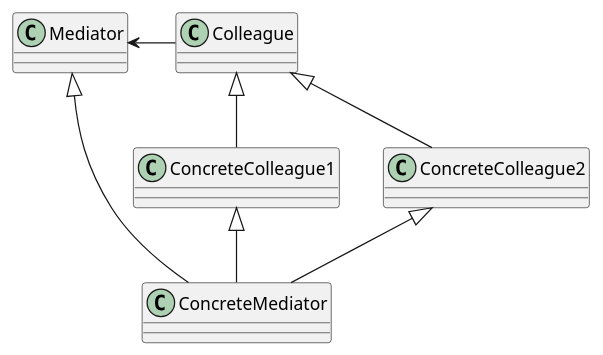
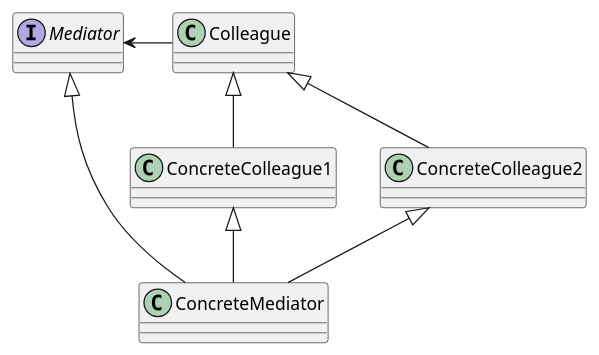
The diagram in src/io/dsub/behavioral/mediator/mediator.md (state303/designpatterns), drawn with PlantUML before and after one commit. The commit also changed 15 other files, not shown here.

````diff
--- a/src/io/dsub/behavioral/mediator/mediator.md
+++ b/src/io/dsub/behavioral/mediator/mediator.md
@@ -25,8 +25,9 @@
 ```plantuml
+interface Mediator
 Colleague -left-> Mediator
 ConcreteMediator -up-|> Mediator
 ConcreteColleague2 <|-- ConcreteMediator
 ConcreteColleague1 <|-- ConcreteMediator
 ConcreteColleague1 -up-|> Colleague
 ConcreteColleague2 -up-|> Colleague
 ```
````
